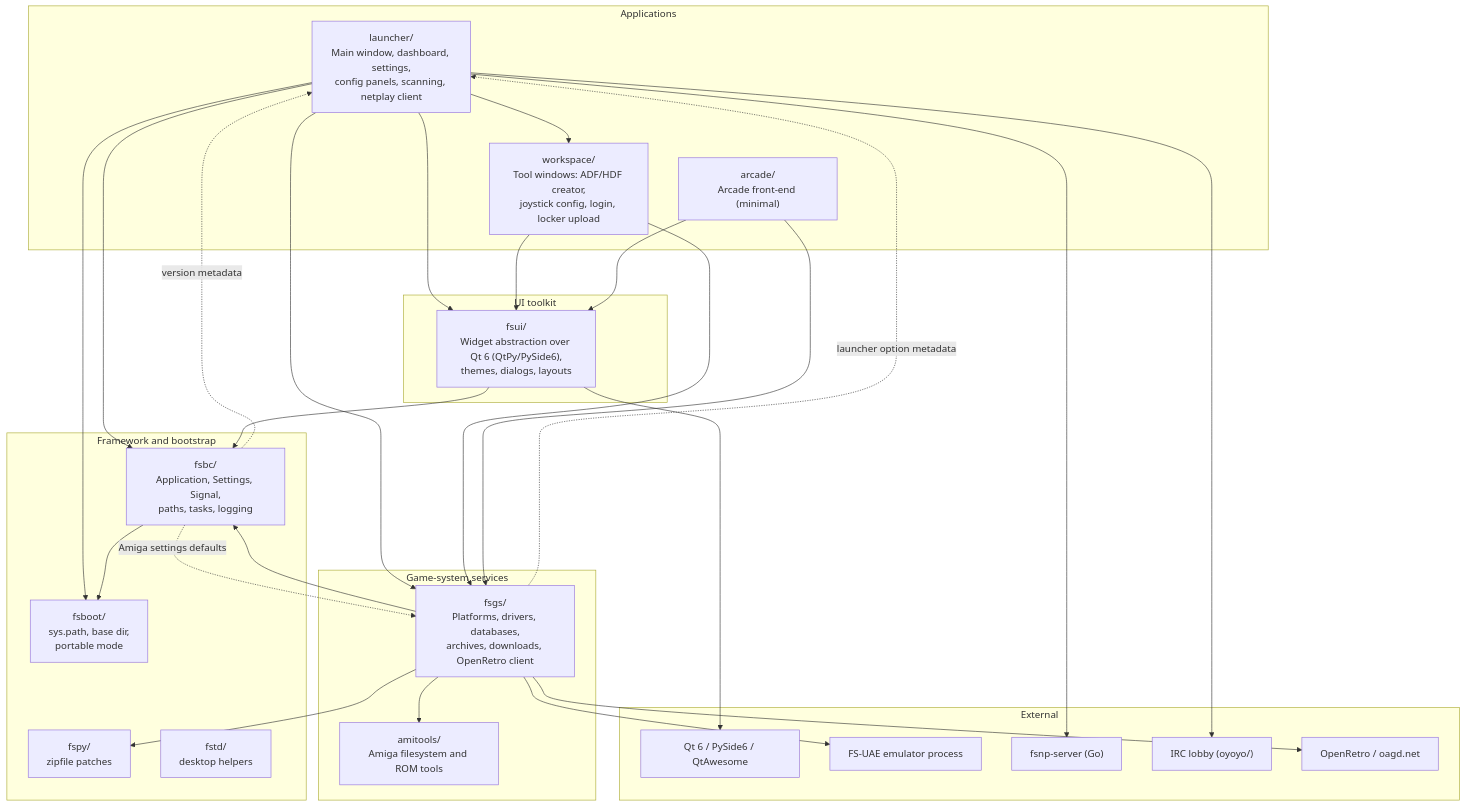
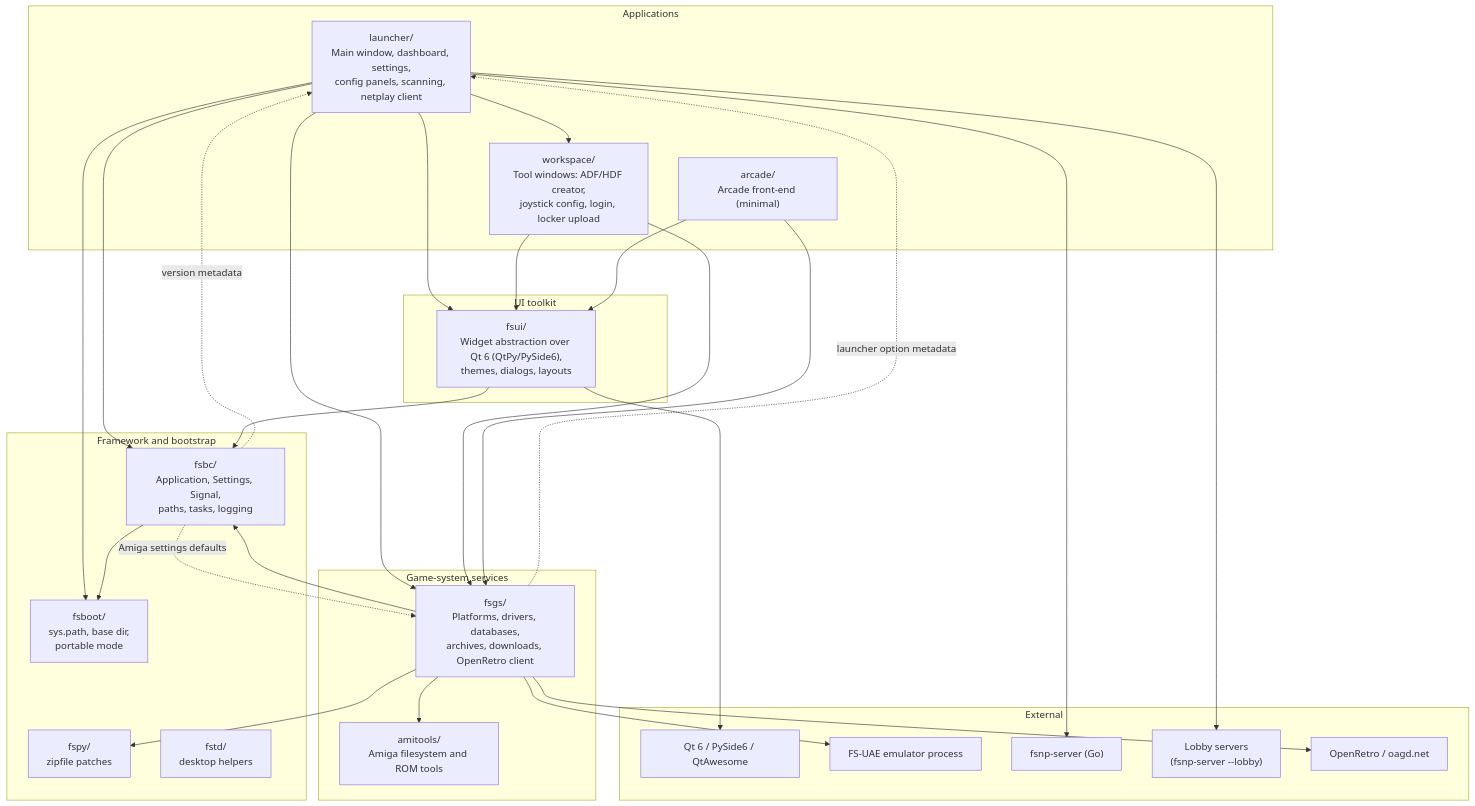
One commit to pdabel/fs-uae-launcher changed the first of 5 diagrams in docs/architecture.md. Above: the diagram before and after it, drawn with Mermaid. The commit also changed other lines of this file and 68 other files, not shown here.

````diff
--- a/docs/architecture.md
+++ b/docs/architecture.md
@@ -21,55 +21,55 @@
 ```mermaid
 flowchart TB
     subgraph app["Applications"]
         launcher["launcher/<br/>Main window, dashboard, settings,<br/>config panels, scanning, netplay client"]
         workspace["workspace/<br/>Tool windows: ADF/HDF creator,<br/>joystick config, login, locker upload"]
         arcade["arcade/<br/>Arcade front-end (minimal)"]
     end
 
     subgraph domain["Game-system services"]
         fsgs["fsgs/<br/>Platforms, drivers, databases,<br/>archives, downloads, OpenRetro client"]
         amitools["amitools/<br/>Amiga filesystem and ROM tools"]
     end
 
     subgraph ui["UI toolkit"]
         fsui["fsui/<br/>Widget abstraction over Qt 6 (QtPy/PySide6),<br/>themes, dialogs, layouts"]
     end
 
     subgraph base["Framework and bootstrap"]
         fsbc["fsbc/<br/>Application, Settings, Signal,<br/>paths, tasks, logging"]
         fspy["fspy/<br/>zipfile patches"]
         fstd["fstd/<br/>desktop helpers"]
         fsboot["fsboot/<br/>sys.path, base dir,<br/>portable mode"]
     end
 
     subgraph ext["External"]
         qt["Qt 6 / PySide6 / QtAwesome"]
         fsuae["FS-UAE emulator process"]
         fsnp["fsnp-server (Go)"]
-        irc["IRC lobby (oyoyo/)"]
+        lobbies["Lobby servers<br/>(fsnp-server --lobby)"]
         openretro["OpenRetro / oagd.net"]
     end
 
     launcher --> fsui
     launcher --> fsgs
     launcher --> fsbc
     launcher --> fsboot
-    launcher --> irc
+    launcher --> lobbies
     launcher --> fsnp
     launcher --> workspace
     workspace --> fsui
     workspace --> fsgs
     arcade --> fsgs
     arcade --> fsui
     fsgs --> fsbc
     fsgs -. "launcher option metadata" .-> launcher
     fsgs --> fspy
     fsgs --> amitools
     fsgs --> fsuae
     fsgs --> openretro
     fsui --> fsbc
     fsui --> qt
     fsbc --> fsboot
     fsbc -. "version metadata" .-> launcher
     fsbc -. "Amiga settings defaults" .-> fsgs
 ```
````
